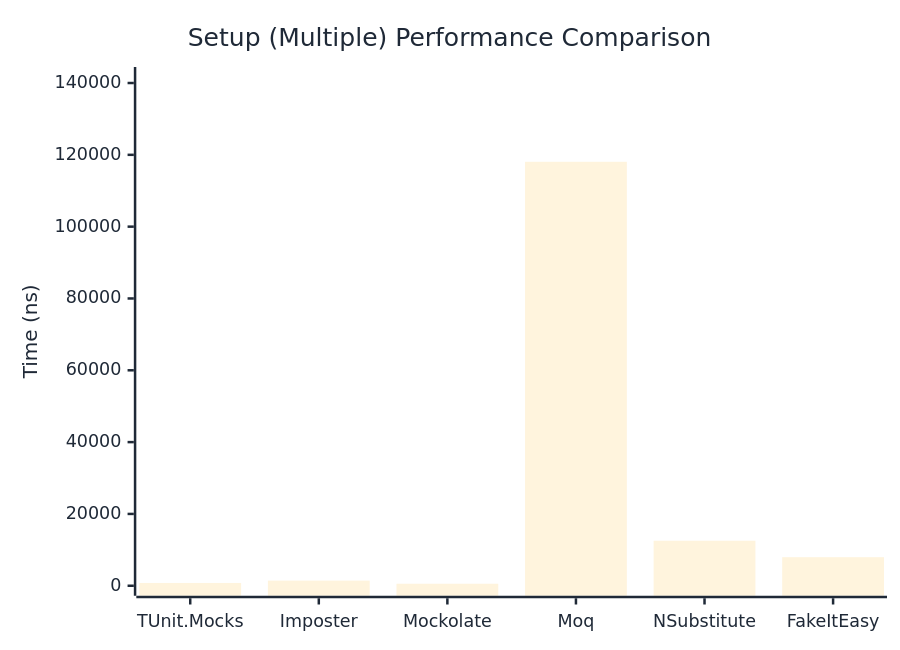
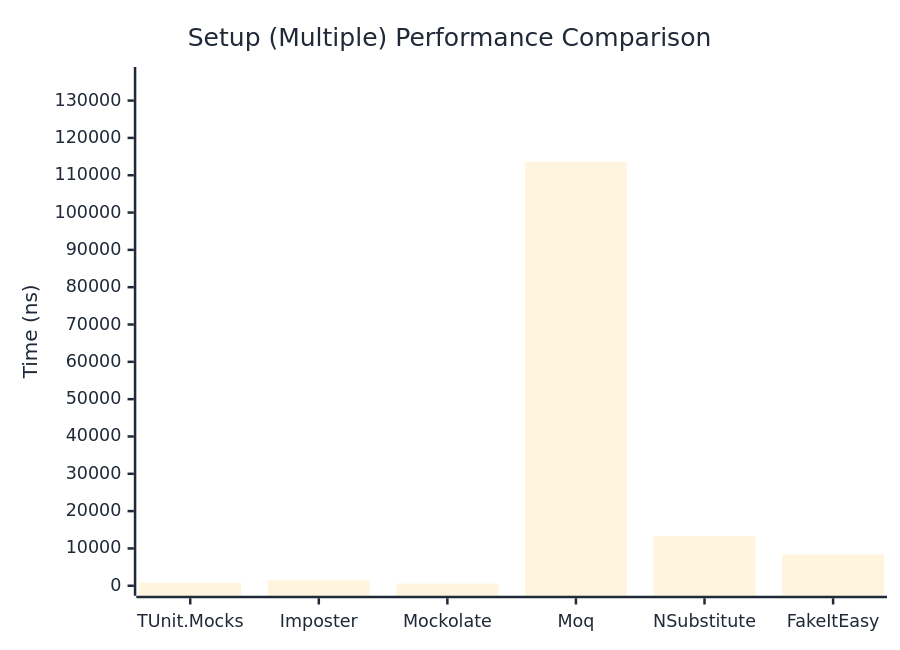
The second of 2 diagrams in docs/docs/benchmarks/mocks/Setup.md (thomhurst/TUnit), drawn with Mermaid before and after one commit. The commit also changed other lines of this file and 14 other files, not shown here.

````diff
--- a/docs/docs/benchmarks/mocks/Setup.md
+++ b/docs/docs/benchmarks/mocks/Setup.md
@@ -71,27 +71,27 @@
 ```mermaid
 %%{init: {
   'theme':'base',
   'themeVariables': {
     'primaryColor': '#2563eb',
     'primaryTextColor': '#1f2937',
     'primaryBorderColor': '#1e40af',
     'lineColor': '#6b7280',
     'secondaryColor': '#7c3aed',
     'tertiaryColor': '#dc2626',
     'background': '#ffffff',
     'pie1': '#2563eb',
     'pie2': '#7c3aed',
     'pie3': '#dc2626',
     'pie4': '#f59e0b',
     'pie5': '#10b981',
     'pie6': '#06b6d4',
     'pie7': '#ec4899',
     'pie8': '#6366f1'
   }
 }}%%
 xychart-beta
   title "Setup (Multiple) Performance Comparison"
   x-axis ["TUnit.Mocks", "Imposter", "Mockolate", "Moq", "NSubstitute", "FakeItEasy"]
-  y-axis "Time (ns)" 0 --> 141673
-  bar [777.1, 1429.2, 558.2, 118060.3, 12539.7, 7957]
+  y-axis "Time (ns)" 0 --> 136323
+  bar [806.7, 1442.5, 561.3, 113601.7, 13317.7, 8404]
 ```
````
